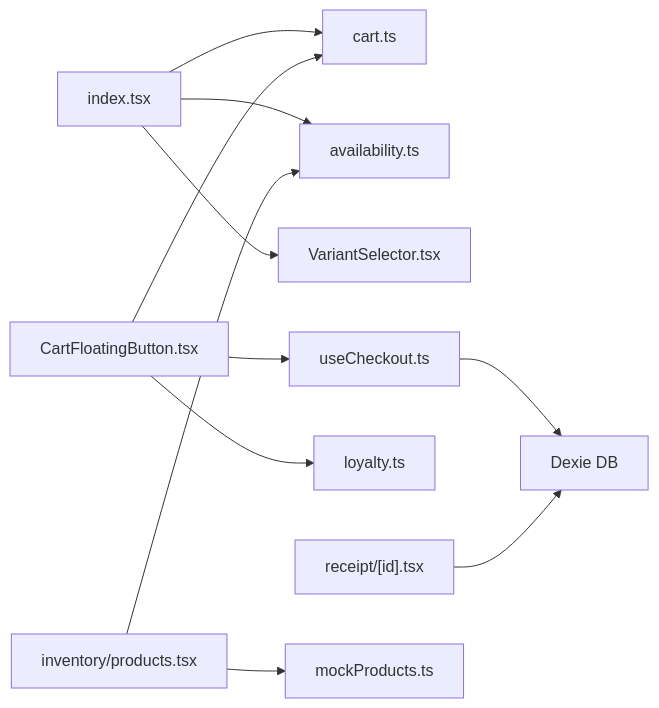
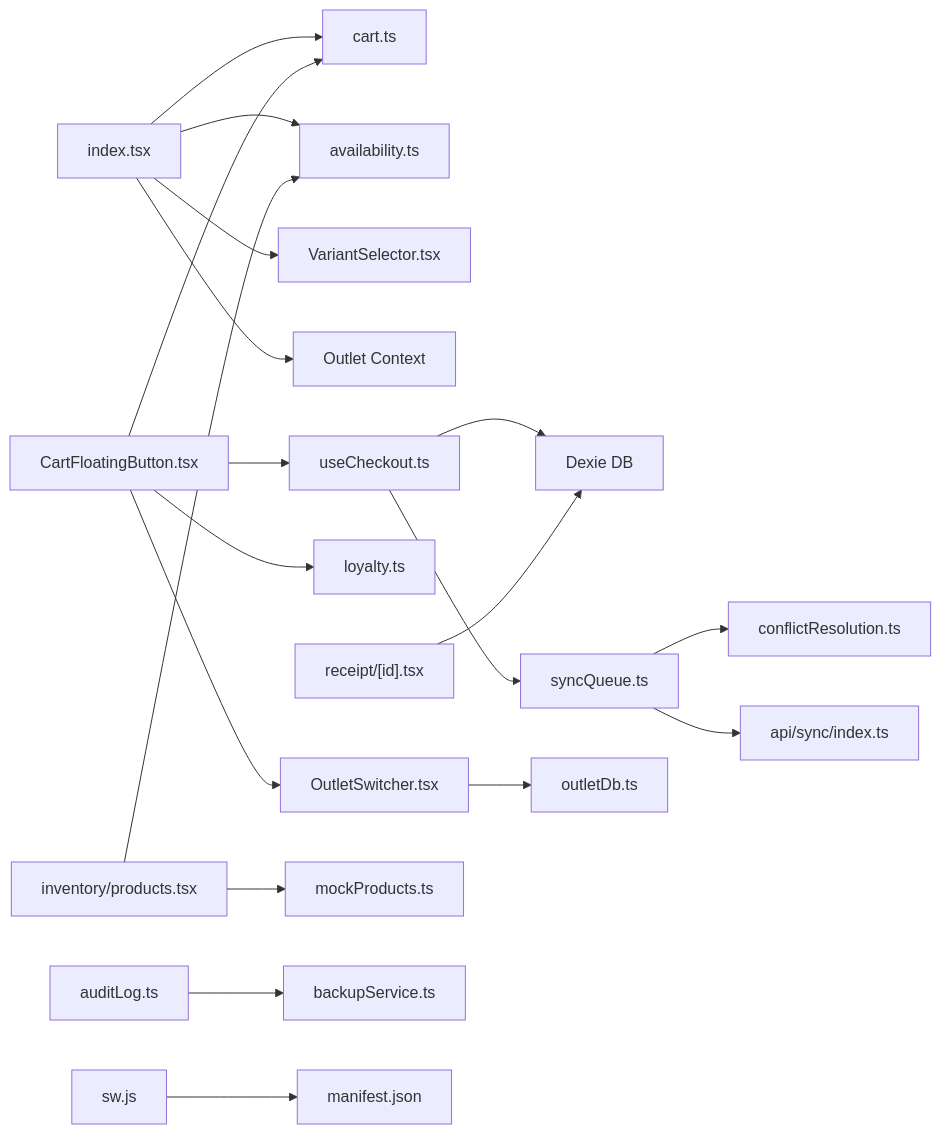
Before and after one commit to riod94/ngepos: the ninth of 9 diagrams in .qoder/repowiki/en/content/POS System/POS System.md, drawn with Mermaid. The commit also changed other lines of this file and 18 other files, not shown here.

````diff
--- a/.qoder/repowiki/en/content/POS System/POS System.md
+++ b/.qoder/repowiki/en/content/POS System/POS System.md
@@ -350,13 +591,21 @@
 ```mermaid
 graph LR
 Home["index.tsx"] --> CartStore["cart.ts"]
 Home --> Availability["availability.ts"]
 Home --> VariantSel["VariantSelector.tsx"]
+Home --> OutletCtx["Outlet Context"]
 CartBtn["CartFloatingButton.tsx"] --> CartStore
 CartBtn --> UseCheckout["useCheckout.ts"]
 CartBtn --> Loyalty["loyalty.ts"]
+CartBtn --> OutletSwitcher["OutletSwitcher.tsx"]
 UseCheckout --> DB["Dexie DB"]
+UseCheckout --> SyncQueue["syncQueue.ts"]
 Receipt["receipt/[id].tsx"] --> DB
 Products["inventory/products.tsx"] --> Availability
 Products --> Mock["mockProducts.ts"]
+OutletSwitcher --> OutletDB["outletDb.ts"]
+SyncQueue --> ConflictRes["conflictResolution.ts"]
+SyncQueue --> APISync["api/sync/index.ts"]
+AuditLog["auditLog.ts"] --> Backup["backupService.ts"]
+PWA["sw.js"] --> Manifest["manifest.json"]
 ```
````
